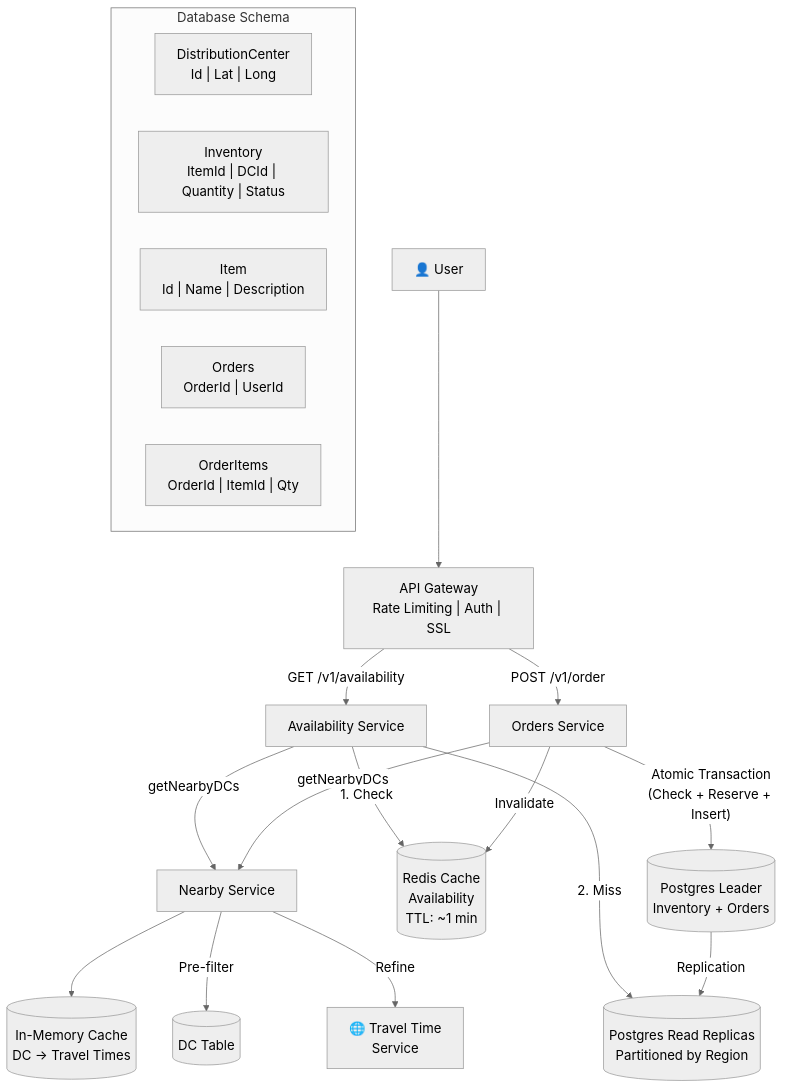
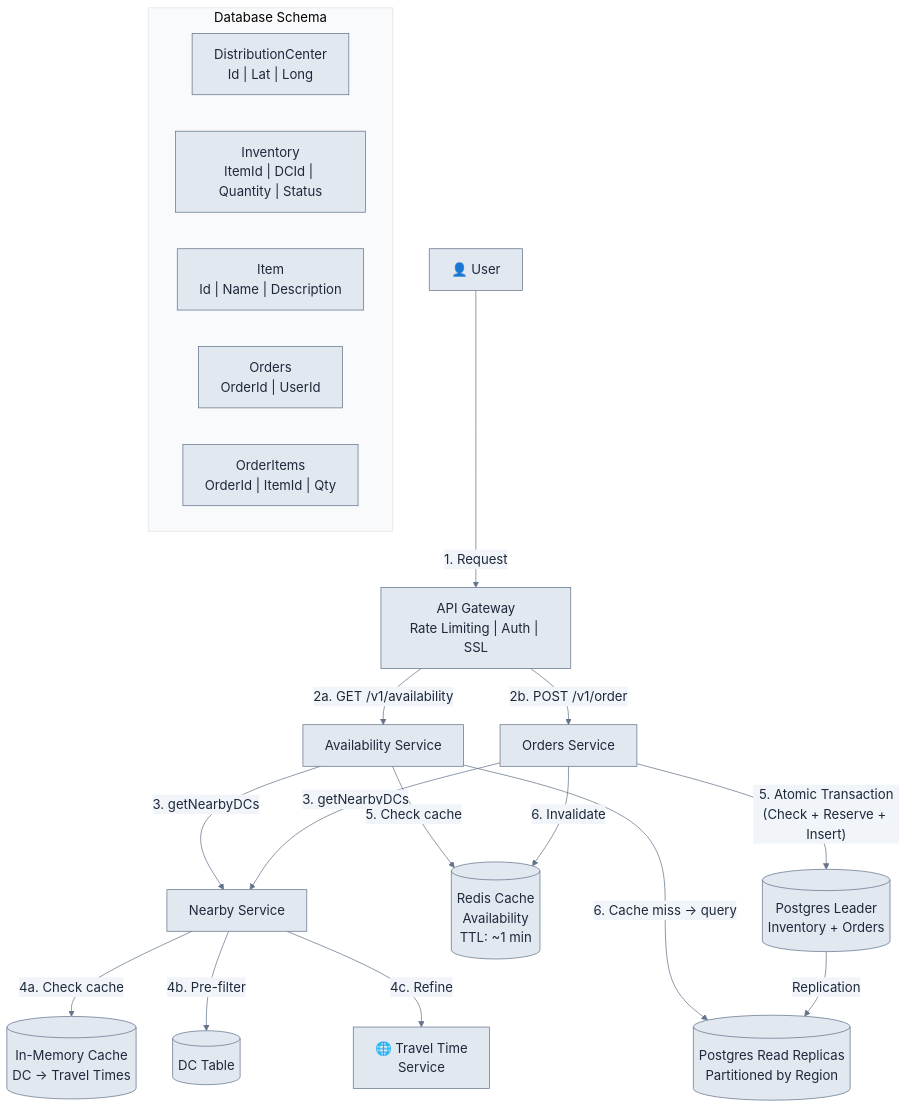
Before and after one commit to vipi-n/swe-101: diagram 14 of 14 in hld/localDeliveryService.md, drawn with Mermaid. The commit also changed other lines of this file, not shown here.

````diff
--- a/hld/localDeliveryService.md
+++ b/hld/localDeliveryService.md
@@ -607,32 +607,32 @@
 ```mermaid
-%%{init: {'theme': 'neutral', 'themeVariables': {'fontSize': '18px'}}}%%
+%%{init: {'theme': 'base', 'themeVariables': {'fontSize': '18px', 'primaryColor': '#e2e8f0', 'primaryTextColor': '#1e293b', 'primaryBorderColor': '#64748b', 'lineColor': '#64748b', 'secondaryColor': '#f1f5f9', 'tertiaryColor': '#f8fafc'}}}%%
 flowchart TB
-    User["👤 User"] --> GW["API Gateway<br/>Rate Limiting | Auth | SSL"]
+    User["👤 User"] -->|"1. Request"| GW["API Gateway<br/>Rate Limiting #124; Auth #124; SSL"]
     
-    GW -->|"GET /v1/availability"| AS["Availability Service"]
-    GW -->|"POST /v1/order"| OS["Orders Service"]
+    GW -->|"2a. GET /v1/availability"| AS["Availability Service"]
+    GW -->|"2b. POST /v1/order"| OS["Orders Service"]
     
-    AS -->|"getNearbyDCs"| NS["Nearby Service"]
-    OS -->|"getNearbyDCs"| NS
+    AS -->|"3. getNearbyDCs"| NS["Nearby Service"]
+    OS -->|"3. getNearbyDCs"| NS
     
-    NS --> IMCache[("In-Memory Cache<br/>DC → Travel Times")]
-    NS -->|"Pre-filter"| DCTable[("DC Table")]
-    NS -->|"Refine"| TTS["🌐 Travel Time<br/>Service"]
+    NS -->|"4a. Check cache"| IMCache[("In-Memory Cache<br/>DC → Travel Times")]
+    NS -->|"4b. Pre-filter"| DCTable[("DC Table")]
+    NS -->|"4c. Refine"| TTS["🌐 Travel Time<br/>Service"]
     
-    AS -->|"1. Check"| Redis[("Redis Cache<br/>Availability<br/>TTL: ~1 min")]
-    AS -->|"2. Miss"| Replicas[("Postgres Read Replicas<br/>Partitioned by Region")]
+    AS -->|"5. Check cache"| Redis[("Redis Cache<br/>Availability<br/>TTL: ~1 min")]
+    AS -->|"6. Cache miss → query"| Replicas[("Postgres Read Replicas<br/>Partitioned by Region")]
     
-    OS -->|"Atomic Transaction<br/>(Check + Reserve + Insert)"| Leader[("Postgres Leader<br/>Inventory + Orders")]
-    OS -->|"Invalidate"| Redis
+    OS -->|"5. Atomic Transaction<br/>(Check + Reserve + Insert)"| Leader[("Postgres Leader<br/>Inventory + Orders")]
+    OS -->|"6. Invalidate"| Redis
     
     Leader -->|"Replication"| Replicas
     
     subgraph Database Schema
         direction LR
-        S1["DistributionCenter<br/>Id | Lat | Long"]
-        S2["Inventory<br/>ItemId | DCId | Quantity | Status"]
-        S3["Item<br/>Id | Name | Description"]
-        S4["Orders<br/>OrderId | UserId"]
-        S5["OrderItems<br/>OrderId | ItemId | Qty"]
+        S1["DistributionCenter<br/>Id #124; Lat #124; Long"]
+        S2["Inventory<br/>ItemId #124; DCId #124; Quantity #124; Status"]
+        S3["Item<br/>Id #124; Name #124; Description"]
+        S4["Orders<br/>OrderId #124; UserId"]
+        S5["OrderItems<br/>OrderId #124; ItemId #124; Qty"]
     end
 ```
````
